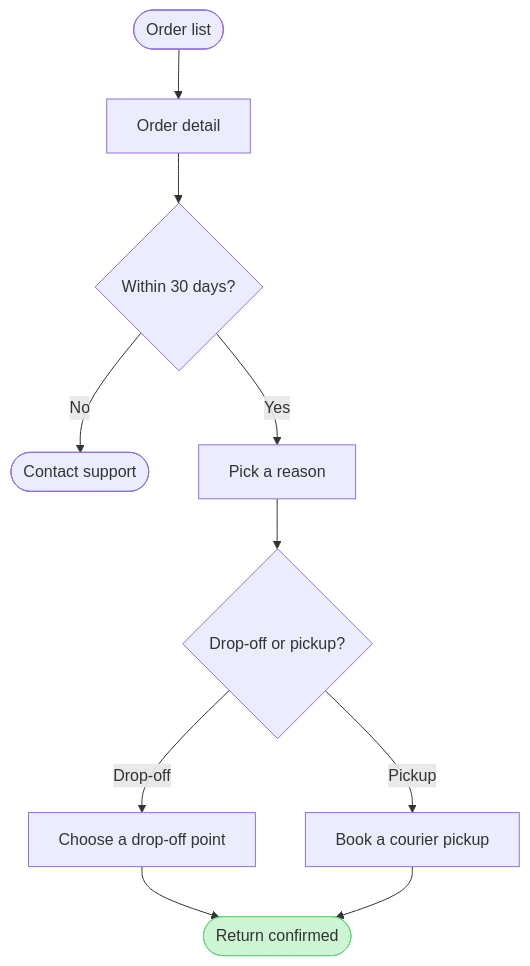
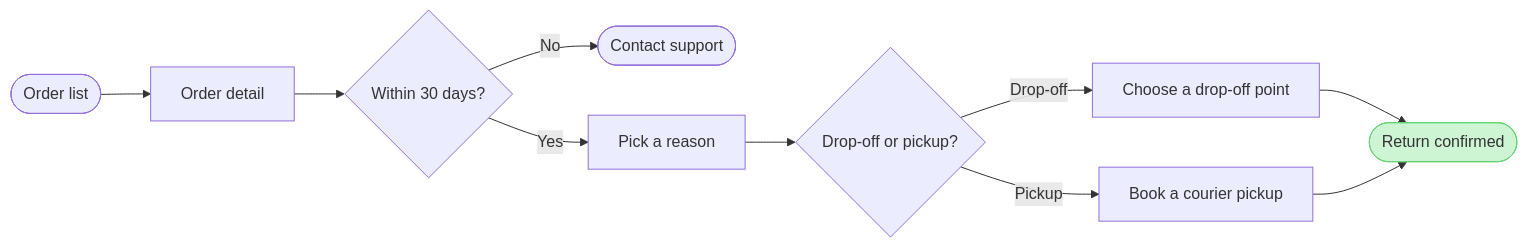
The diagram in claude project/knowledge/Product Owner - Examples - Flow - User Flow.md (MichelKerkmeester/product-owner_create-tickets-and-stories), drawn with Mermaid before and after one commit. The commit also changed other lines of this file and 146 other files, not shown here.

````diff
--- a/claude project/knowledge/Product Owner - Examples - Flow - User Flow.md
+++ b/claude project/knowledge/Product Owner - Examples - Flow - User Flow.md
@@ -67,13 +85,19 @@
 ```mermaid
-flowchart TD
+flowchart LR
+    %% title: Start a return
+    %% subtitle: How a Fernhouse customer starts a return in the app, from the order list to a confirmed return
+    %% source: Sources: five app screenshots and the returns doc. Left out: a free pickup over €100, a proposal under review.
+    %% zone: Find the order: orders, detail
+    %% zone: Request the return: window, support, reason, method, dropoff, pickup
+    %% zone: Done: confirmed
     orders([Order list]) --> detail[Order detail]
     detail --> window{Within 30 days?}
     window -->|No| support([Contact support])
     window -->|Yes| reason[Pick a reason]
     reason --> method{Drop-off or pickup?}
     method -->|Drop-off| dropoff[Choose a drop-off point]
     method -->|Pickup| pickup[Book a courier pickup]
     dropoff --> confirmed([Return confirmed])
     pickup --> confirmed
     style confirmed fill:#CDF4D3,stroke:#66D575
 ```
````
